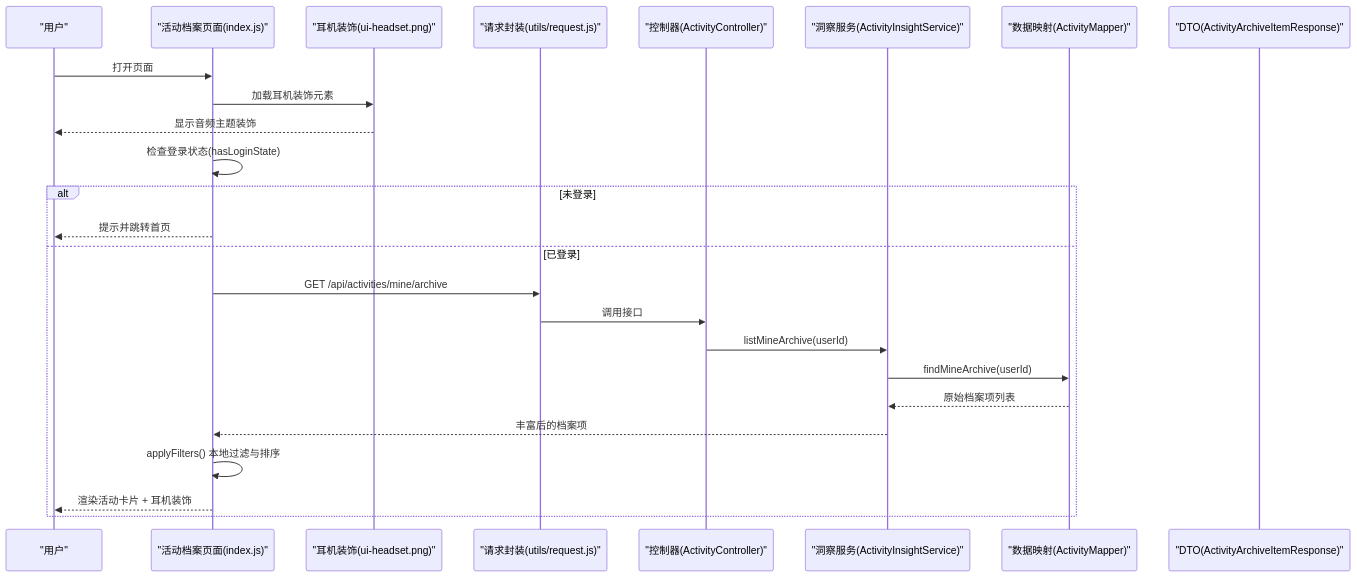
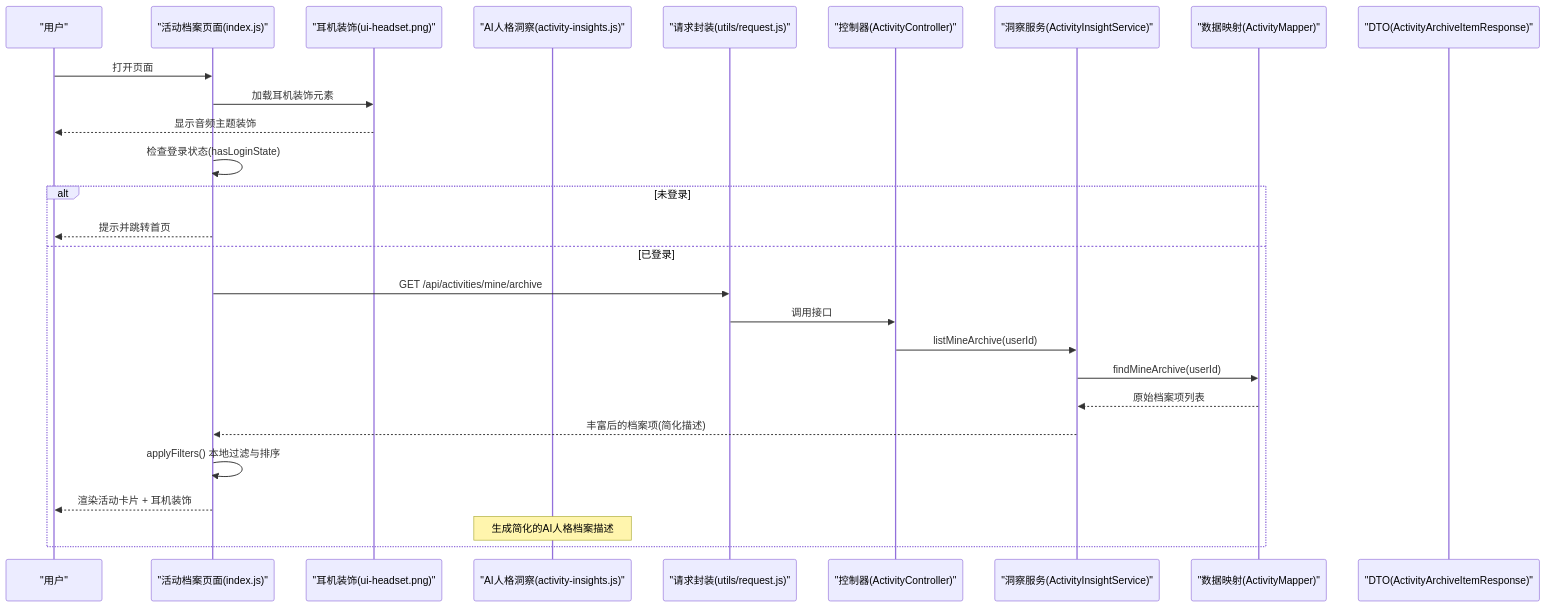
The second of 6 diagrams in .qoder/repowiki/zh/content/前端开发/页面组件开发/活动列表页面开发.md (cwxiao/zugeju), drawn with Mermaid before and after one commit. The commit also changed other lines of this file and 47 other files, not shown here.

````diff
--- a/.qoder/repowiki/zh/content/前端开发/页面组件开发/活动列表页面开发.md
+++ b/.qoder/repowiki/zh/content/前端开发/页面组件开发/活动列表页面开发.md
@@ -143,27 +152,29 @@
 ```mermaid
 sequenceDiagram
 participant U as "用户"
 participant Page as "活动档案页面(index.js)"
 participant Headset as "耳机装饰(ui-headset.png)"
+participant Insights as "AI人格洞察(activity-insights.js)"
 participant Req as "请求封装(utils/request.js)"
 participant Ctrl as "控制器(ActivityController)"
 participant Insight as "洞察服务(ActivityInsightService)"
 participant Mapper as "数据映射(ActivityMapper)"
 participant Model as "DTO(ActivityArchiveItemResponse)"
 U->>Page : 打开页面
 Page->>Headset : 加载耳机装饰元素
 Headset-->>U : 显示音频主题装饰
 Page->>Page : 检查登录状态(hasLoginState)
 alt 未登录
 Page-->>U : 提示并跳转首页
 else 已登录
 Page->>Req : GET /api/activities/mine/archive
 Req->>Ctrl : 调用接口
 Ctrl->>Insight : listMineArchive(userId)
 Insight->>Mapper : findMineArchive(userId)
 Mapper-->>Insight : 原始档案项列表
-Insight-->>Page : 丰富后的档案项
+Insight-->>Page : 丰富后的档案项(简化描述)
 Page->>Page : applyFilters() 本地过滤与排序
 Page-->>U : 渲染活动卡片 + 耳机装饰
+Note over Insights : 生成简化的AI人格档案描述
 end
 ```
````
